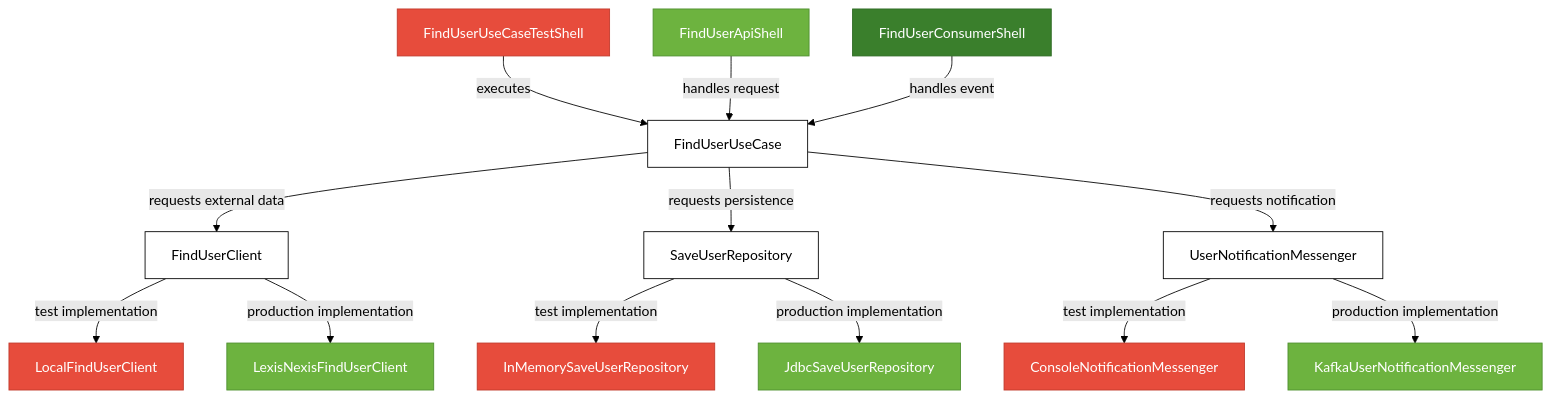
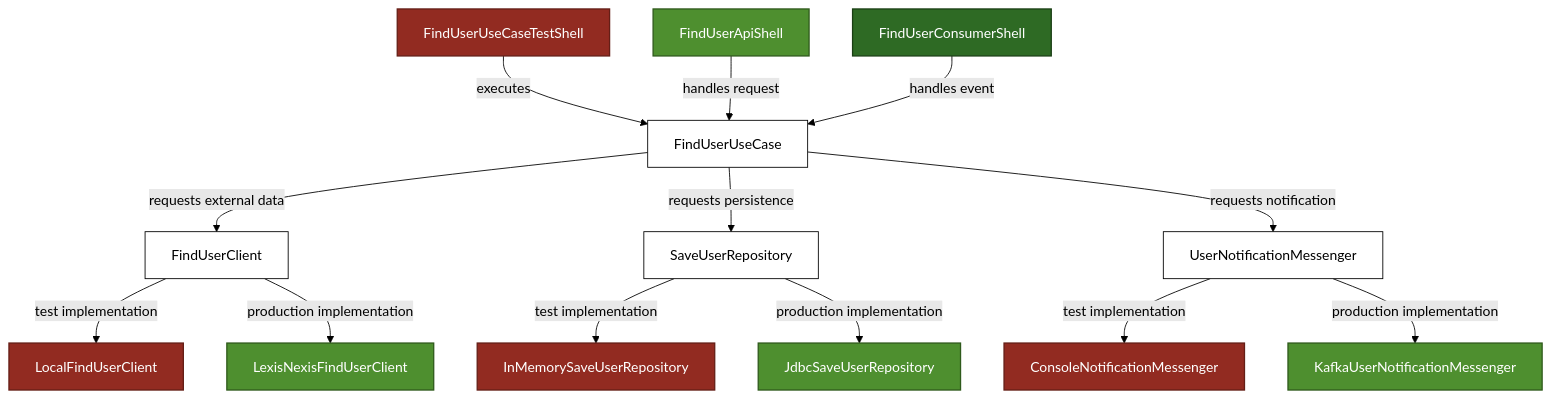
Before and after one commit to hermi-projects/hermi: the diagram in README.md, drawn with Mermaid (forest theme).

Commit message:
style: update Mermaid class definitions for improved contrast and visibility in README diagrams

````diff
--- a/README.md
+++ b/README.md
@@ -559,40 +559,40 @@
 ```mermaid
 graph TD
     %% Test Shell
     A[FindUserUseCaseTestShell] -->|executes| U[FindUserUseCase]
 
     %% API Shell
     B[FindUserApiShell] -->|handles request| U
 
     %% Consumer Shell
     C[FindUserConsumerShell] -->|handles event| U
 
     %% Use Case -> Contracts
     U -->|requests external data| D[FindUserClient]
     U -->|requests persistence| E[SaveUserRepository]
     U -->|requests notification| F[UserNotificationMessenger]
 
     %% Test Implementations
     D -->|test implementation| G[LocalFindUserClient]
     E -->|test implementation| H[InMemorySaveUserRepository]
     F -->|test implementation| I[ConsoleNotificationMessenger]
 
     %% Production Implementations
     D -->|production implementation| J[LexisNexisFindUserClient]
     E -->|production implementation| K[JdbcSaveUserRepository]
     F -->|production implementation| L[KafkaUserNotificationMessenger]
 
-    %% Classes (logo colors)
-    classDef test fill:#E74C3C,color:#ffffff,stroke:#C0392B,stroke-width:1px
-    classDef api fill:#6DB33F,color:#ffffff,stroke:#4E8F2F,stroke-width:1px
-    classDef consumer fill:#3A7F2C,color:#ffffff,stroke:#2E6A24,stroke-width:1px
+    %% Darker backgrounds + stronger contrast
+    classDef test fill:#922B21,color:#FFFFFF,stroke:#641E16,stroke-width:1.5px
+    classDef api fill:#4E8F2F,color:#FFFFFF,stroke:#2F5A1C,stroke-width:1.5px
+    classDef consumer fill:#2E6A24,color:#FFFFFF,stroke:#1B3F15,stroke-width:1.5px
 
-    %% Core: white background + black text
+    %% Core stays clean
     classDef core fill:#FFFFFF,color:#000000,stroke:#000000,stroke-width:1px
 
     %% Assign classes
     class A,G,H,I test
     class B,J,K,L api
     class C consumer
     class U,D,E,F core
 ```
````
